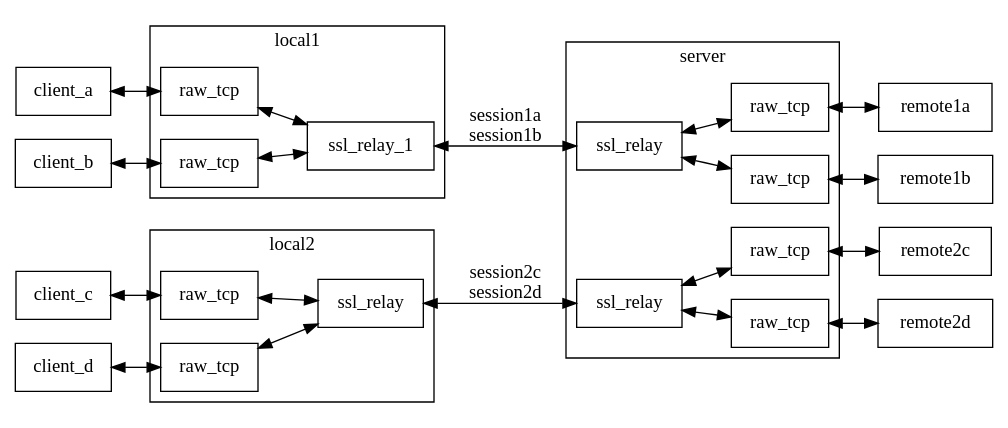
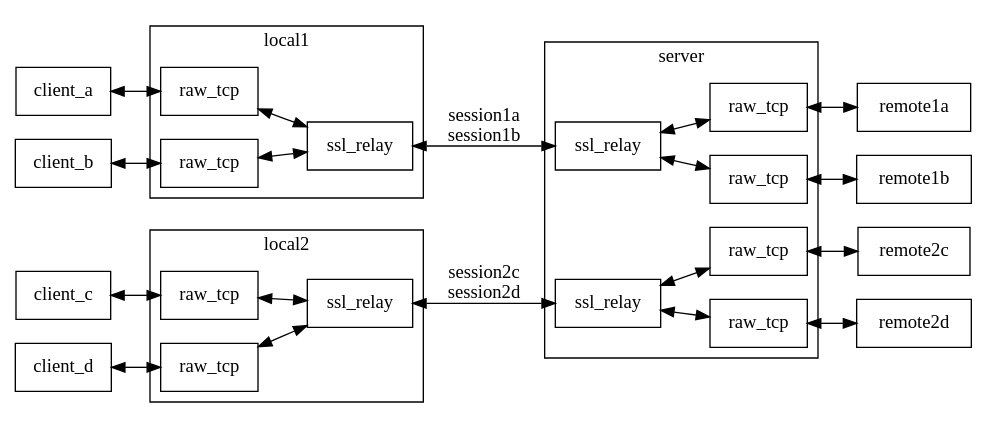
One commit to windfail/ssl-socks changed the second of 4 diagrams in doc/transparent.org. Above: the diagram before and after it, drawn with Graphviz. The commit also changed other lines of this file and 5 other files, not shown here.

```diff
--- a/doc/transparent.org
+++ b/doc/transparent.org
@@ -30,49 +78,57 @@
 #+BEGIN_SRC dot :file tcp.svg :cmdline -Kdot -Tsvg
 digraph tcp {
   rankdir=LR
   node[shape=box]
   edge[dir=both]
   subgraph cluster_local2 {
     label="local2"
     raw_tcp_2c[label="raw_tcp"]
     raw_tcp_2d[label="raw_tcp"]
     ssl_relay_2[label="ssl_relay"]
     raw_tcp_2c -> ssl_relay_2
     raw_tcp_2d -> ssl_relay_2
+
   }
   client_c -> raw_tcp_2c
   client_d -> raw_tcp_2d
+
   subgraph cluster_local1 {
     label="local1"
     raw_tcp_1a[label="raw_tcp"]
     raw_tcp_1b[label="raw_tcp"]
+    ssl_relay_1[label="ssl_relay"]
     raw_tcp_1a -> ssl_relay_1
     raw_tcp_1b -> ssl_relay_1
   }
   client_a -> raw_tcp_1a
   client_b -> raw_tcp_1b
 
   subgraph cluster_server {
     label="server"
-    s_ssl_relay_1[label="ssl_relay"]
-    s_ssl_relay_2[label="ssl_relay"]
-    s_raw_tcp_1a[label="raw_tcp"]
-    s_raw_tcp_1b[label="raw_tcp"]
-    s_raw_tcp_2c[label="raw_tcp"]
-    s_raw_tcp_2d[label="raw_tcp"]
-    s_ssl_relay_1 -> s_raw_tcp_1a
-    s_ssl_relay_1 -> s_raw_tcp_1b
-    s_ssl_relay_2 -> s_raw_tcp_2c
-    s_ssl_relay_2 -> s_raw_tcp_2d
+    subgraph relay1 {
+      label=""
+      s_ssl_relay_1[label="ssl_relay"]
+      s_raw_tcp_1a[label="raw_tcp"]
+      s_raw_tcp_1b[label="raw_tcp"]
+      s_ssl_relay_1 -> s_raw_tcp_1a
+      s_ssl_relay_1 -> s_raw_tcp_1b
+    }
+    subgraph relay2 {
+      s_ssl_relay_2[label="ssl_relay"]
+      s_raw_tcp_2c[label="raw_tcp"]
+      s_raw_tcp_2d[label="raw_tcp"]
+      s_ssl_relay_2 -> s_raw_tcp_2c
+      s_ssl_relay_2 -> s_raw_tcp_2d
+      }
+
   }
   ssl_relay_1->s_ssl_relay_1[ label="session1a\nsession1b"]
-
   ssl_relay_2->s_ssl_relay_2[ label="session2c\nsession2d"]
 
   s_raw_tcp_1a -> remote1a
   s_raw_tcp_1b -> remote1b
   s_raw_tcp_2c -> remote2c
   s_raw_tcp_2d -> remote2d
 
 }
 #+END_SRC
```
